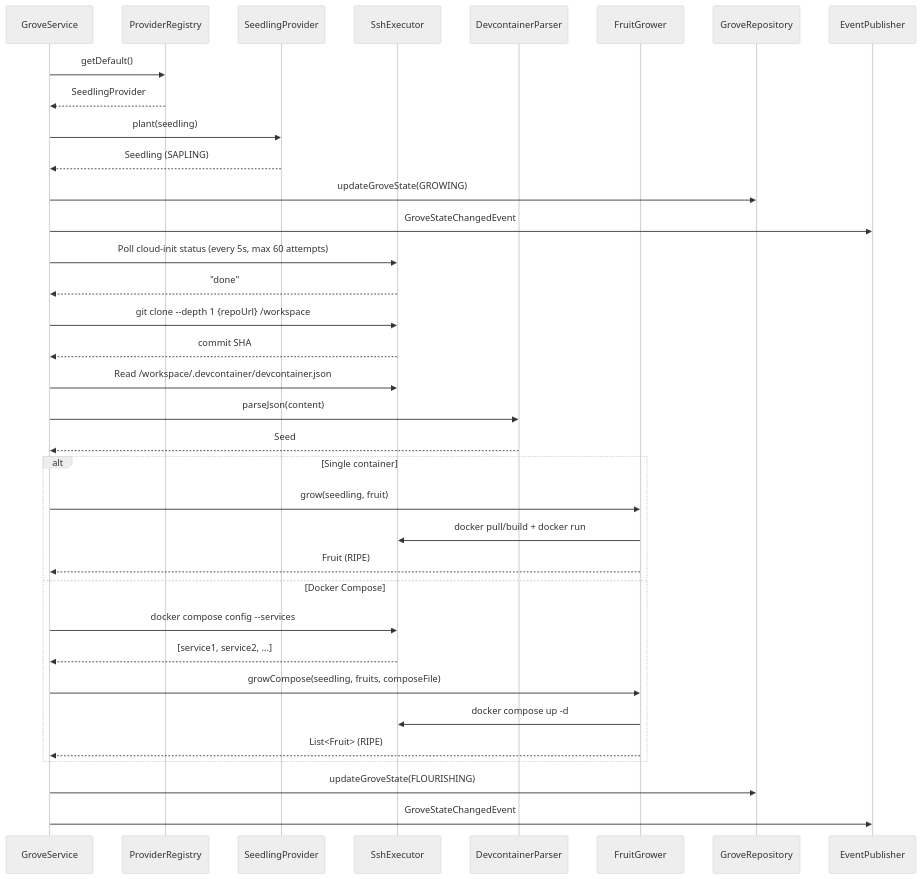
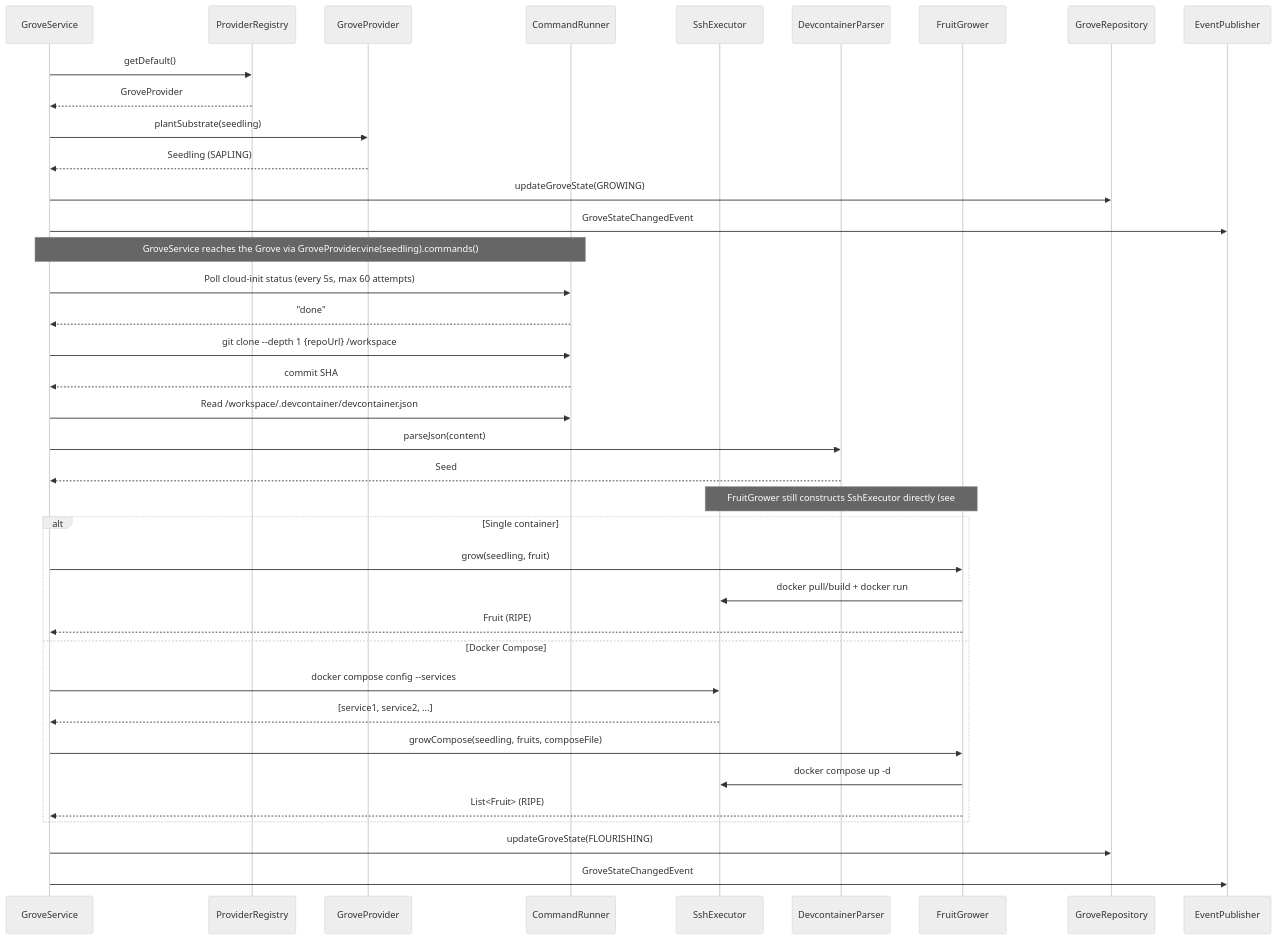
One commit to orchard-cde/orchard changed the fifth of 9 diagrams in docs/architecture/platform-architecture.md. Above: the diagram before and after it, drawn with Mermaid (neutral theme). The commit also changed other lines of this file and 60 other files, not shown here.

First line of the commit message:
refactor: extract :vine exec seam and GroveProvider (#86 stage 1) (#224)

````diff
--- a/docs/architecture/platform-architecture.md
+++ b/docs/architecture/platform-architecture.md
@@ -253,43 +270,46 @@
 ```mermaid
 sequenceDiagram
     participant GS as GroveService
     participant PR as ProviderRegistry
-    participant SP as SeedlingProvider
+    participant SP as GroveProvider
+    participant CR as CommandRunner
     participant SSH as SshExecutor
     participant DP as DevcontainerParser
     participant FG as FruitGrower
     participant DB as GroveRepository
     participant EP as EventPublisher
 
     GS->>PR: getDefault()
-    PR-->>GS: SeedlingProvider
-    GS->>SP: plant(seedling)
+    PR-->>GS: GroveProvider
+    GS->>SP: plantSubstrate(seedling)
     SP-->>GS: Seedling (SAPLING)
     GS->>DB: updateGroveState(GROWING)
     GS->>EP: GroveStateChangedEvent
 
-    GS->>SSH: Poll cloud-init status (every 5s, max 60 attempts)
-    SSH-->>GS: "done"
+    Note over GS,CR: GroveService reaches the Grove via GroveProvider.vine(seedling).commands()
+    GS->>CR: Poll cloud-init status (every 5s, max 60 attempts)
+    CR-->>GS: "done"
 
-    GS->>SSH: git clone --depth 1 {repoUrl} /workspace
-    SSH-->>GS: commit SHA
+    GS->>CR: git clone --depth 1 {repoUrl} /workspace
+    CR-->>GS: commit SHA
 
-    GS->>SSH: Read /workspace/.devcontainer/devcontainer.json
+    GS->>CR: Read /workspace/.devcontainer/devcontainer.json
     GS->>DP: parseJson(content)
     DP-->>GS: Seed
 
+    Note over FG,SSH: FruitGrower still constructs SshExecutor directly (see #86)
     alt Single container
         GS->>FG: grow(seedling, fruit)
         FG->>SSH: docker pull/build + docker run
         FG-->>GS: Fruit (RIPE)
     else Docker Compose
         GS->>SSH: docker compose config --services
         SSH-->>GS: [service1, service2, ...]
         GS->>FG: growCompose(seedling, fruits, composeFile)
         FG->>SSH: docker compose up -d
         FG-->>GS: List<Fruit> (RIPE)
     end
 
     GS->>DB: updateGroveState(FLOURISHING)
     GS->>EP: GroveStateChangedEvent
 ```
````
